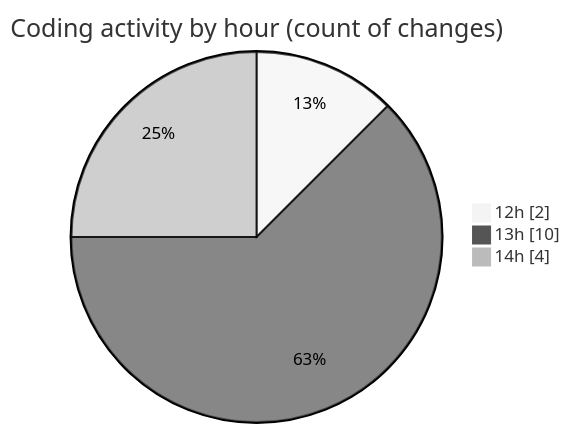
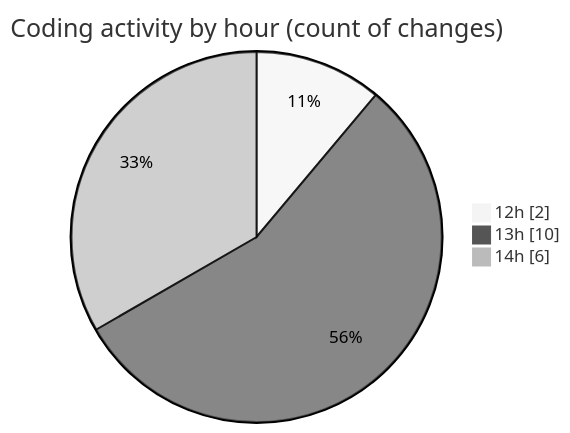
One commit to shibass792/code-tracking changed the second of 2 diagrams in 2026-07-12/untitled__workspace_/README.md. Above: the diagram before and after it, drawn with Mermaid (neutral theme). The commit also changed other lines of this file and 1 other file, not shown here.

````diff
--- a/2026-07-12/untitled__workspace_/README.md
+++ b/2026-07-12/untitled__workspace_/README.md
@@ -28,7 +28,7 @@
 ```mermaid
 pie showData
 title Coding activity by hour (count of changes)
 "12h" : 2
 "13h" : 10
-"14h" : 4
+"14h" : 6
 ```
````
